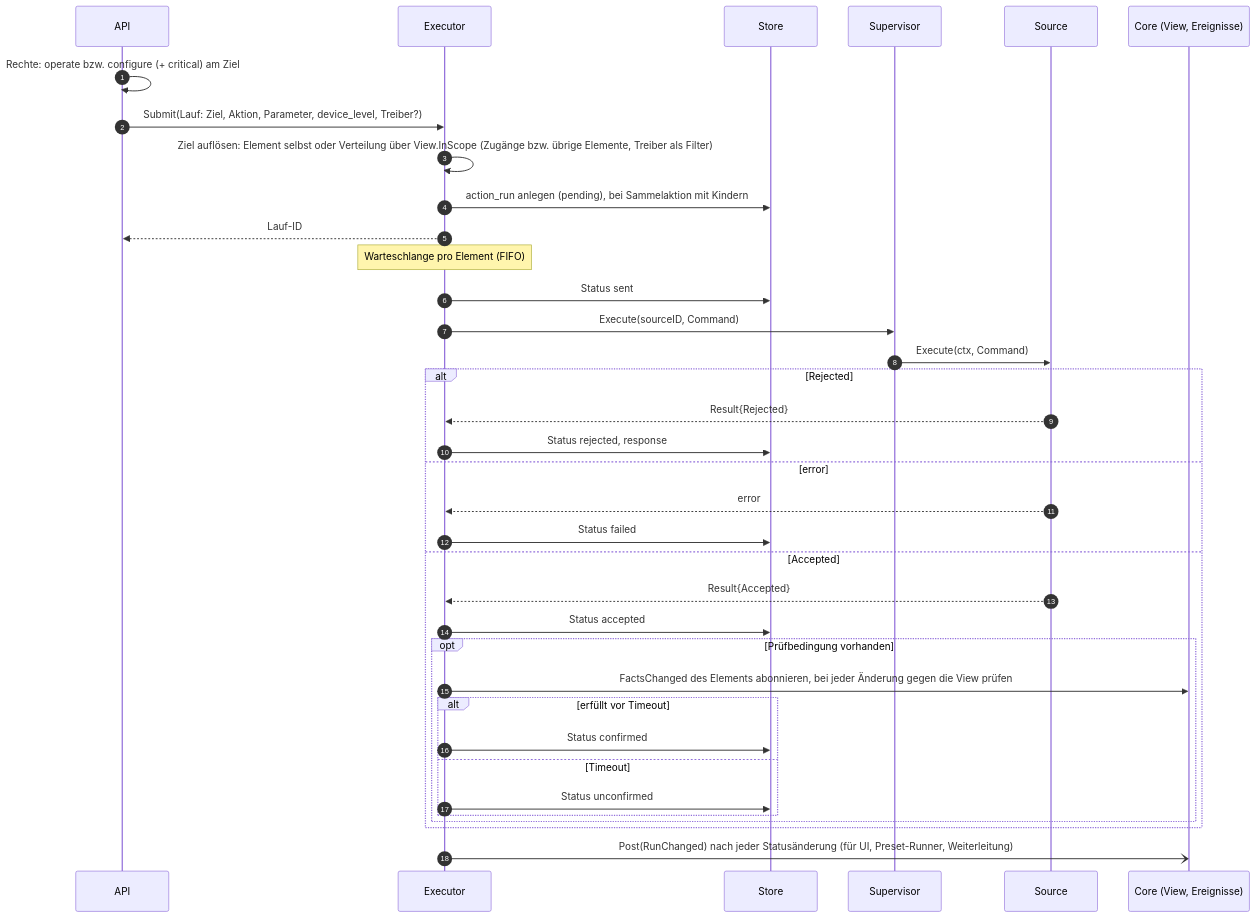
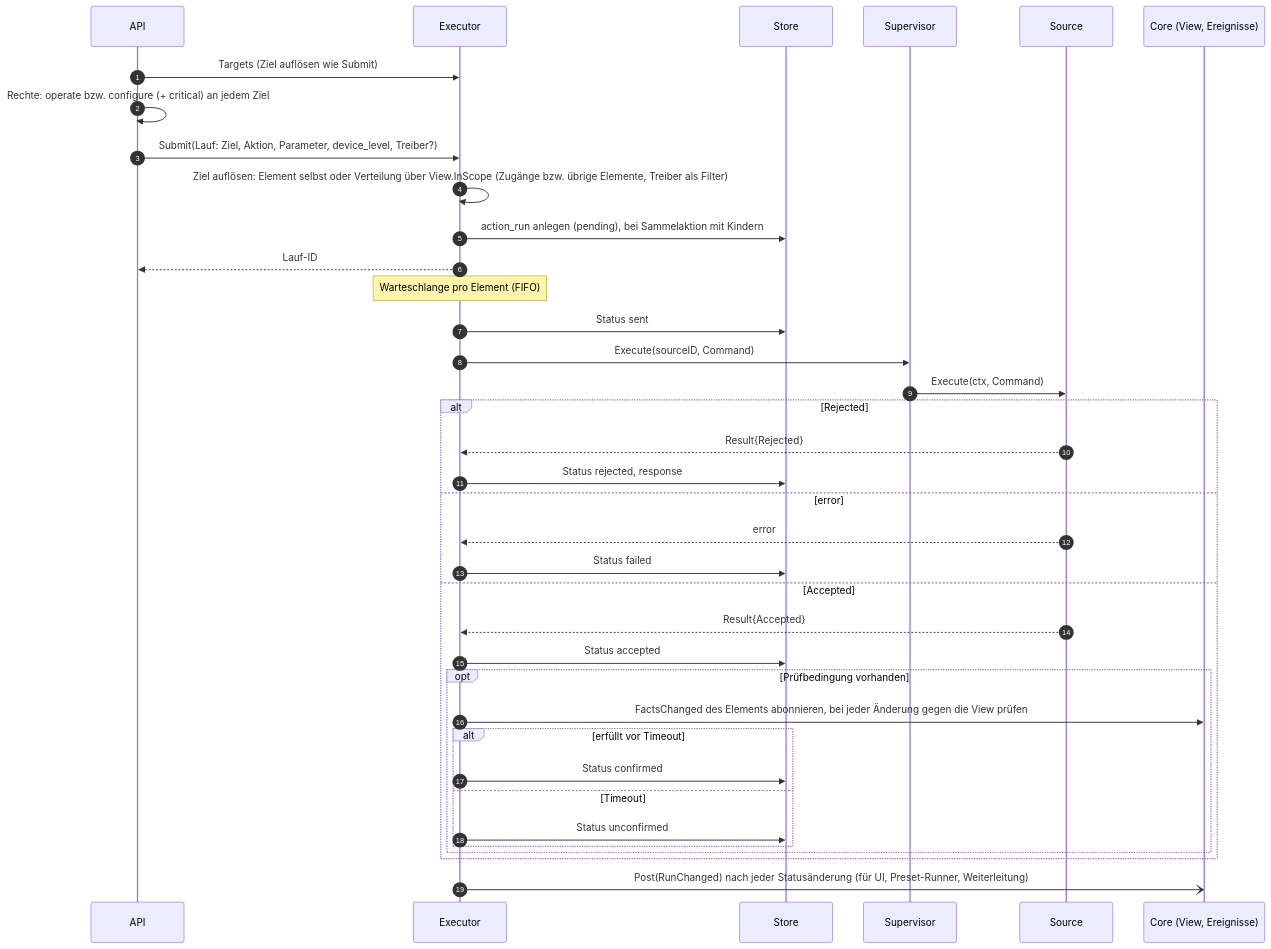
One commit to lukirs95/monika changed the fourth of 6 diagrams in docs/contracts/flows.md. Above: the diagram before and after it, drawn with Mermaid. The commit also changed 13 other files, not shown here.

````diff
--- a/docs/contracts/flows.md
+++ b/docs/contracts/flows.md
@@ -129,39 +129,40 @@
 ```mermaid
 sequenceDiagram
     autonumber
     participant A as API
     participant X as Executor
     participant S as Store
     participant Sup as Supervisor
     participant Src as Source
     participant C as Core (View, Ereignisse)
 
-    A->>A: Rechte: operate bzw. configure (+ critical) am Ziel
+    A->>X: Targets (Ziel auflösen wie Submit)
+    A->>A: Rechte: operate bzw. configure (+ critical) an jedem Ziel
     A->>X: Submit(Lauf: Ziel, Aktion, Parameter, device_level, Treiber?)
     X->>X: Ziel auflösen: Element selbst oder Verteilung über View.InScope (Zugänge bzw. übrige Elemente, Treiber als Filter)
     X->>S: action_run anlegen (pending), bei Sammelaktion mit Kindern
     X-->>A: Lauf-ID
     Note over X: Warteschlange pro Element (FIFO)
     X->>S: Status sent
     X->>Sup: Execute(sourceID, Command)
     Sup->>Src: Execute(ctx, Command)
     alt Rejected
         Src-->>X: Result{Rejected}
         X->>S: Status rejected, response
     else error
         Src-->>X: error
         X->>S: Status failed
     else Accepted
         Src-->>X: Result{Accepted}
         X->>S: Status accepted
         opt Prüfbedingung vorhanden
             X->>C: FactsChanged des Elements abonnieren, bei jeder Änderung gegen die View prüfen
             alt erfüllt vor Timeout
                 X->>S: Status confirmed
             else Timeout
                 X->>S: Status unconfirmed
             end
         end
     end
     X-)C: Post(RunChanged) nach jeder Statusänderung (für UI, Preset-Runner, Weiterleitung)
 ```
````
